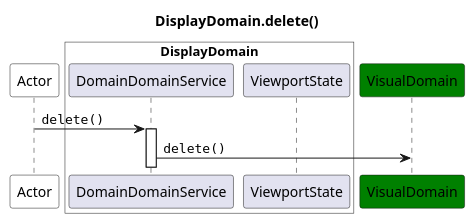
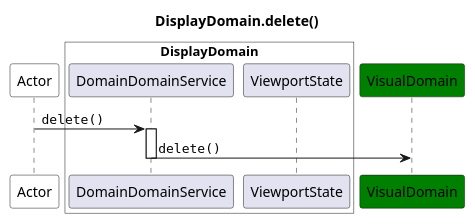
The diagram in docs/source/specs/architecture/diagrams/sequence/seq_delete_display.puml (JoeRittiner/TextEngine), drawn with PlantUML before and after one commit. The commit also changed 12 other files, not shown here.

```diff
--- a/docs/source/specs/architecture/diagrams/sequence/seq_delete_display.puml
+++ b/docs/source/specs/architecture/diagrams/sequence/seq_delete_display.puml
@@ -1,16 +1,17 @@
 @startuml
 
 title DisplayDomain.delete()
 
 participant Actor as app #white
 box "DisplayDomain" #white
     participant DomainDomainService as DS
     participant ViewportState as VS
 end box
 participant VisualDomain as VD #green
 
 app -> DS : ""delete()""
 activate DS
     DS -> VD : ""delete()""
+    deactivate DS
 
 @enduml
```
